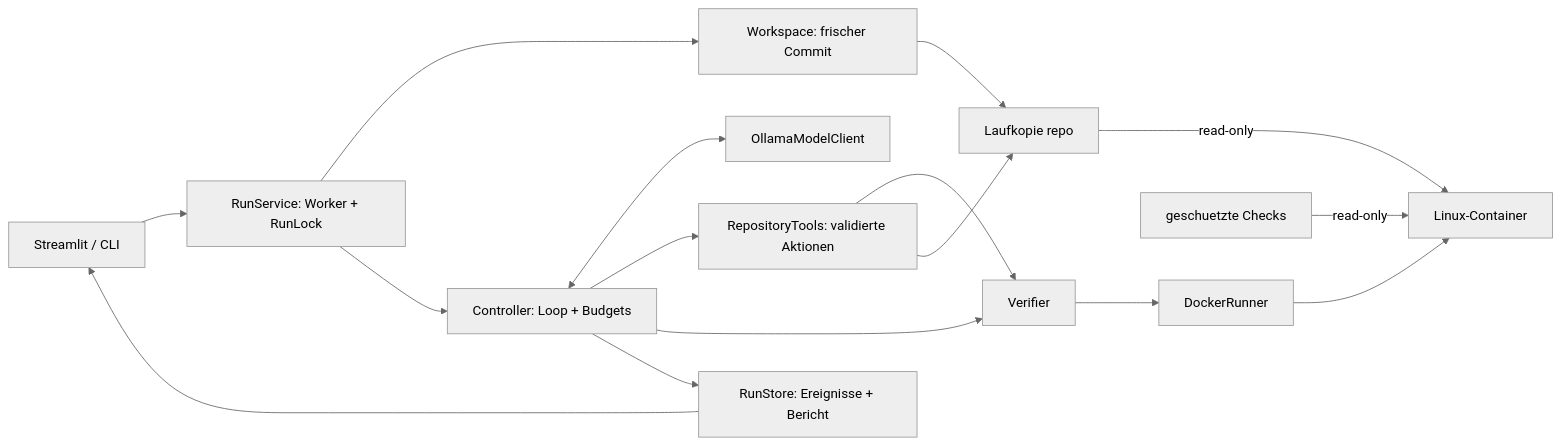
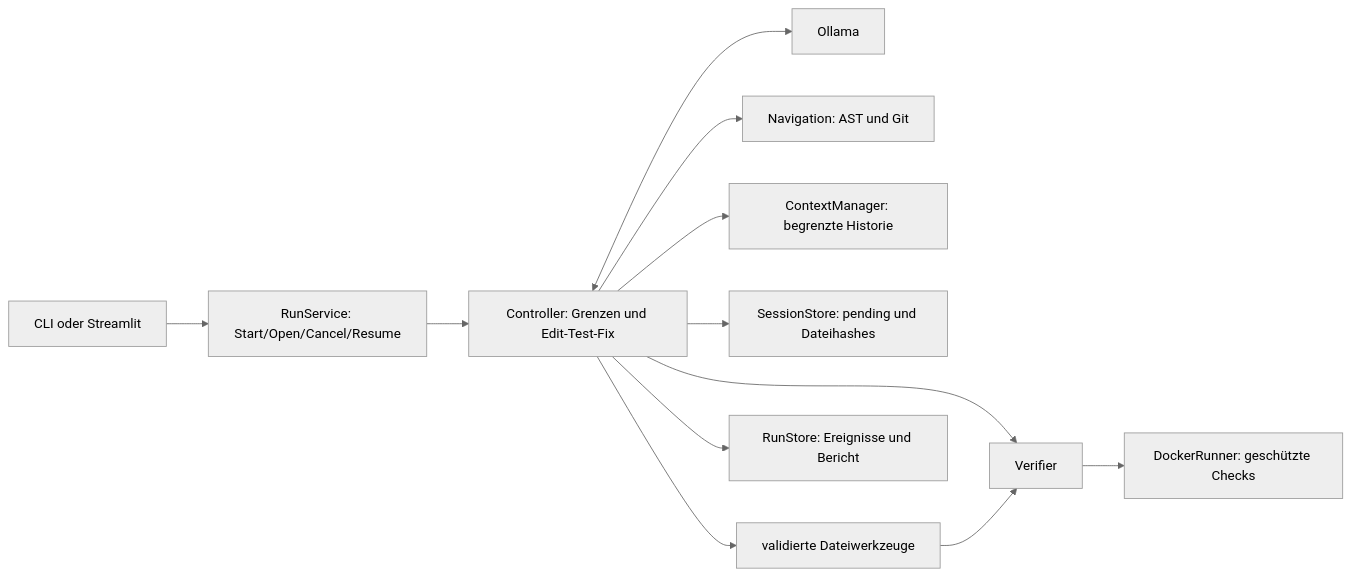
Before and after one commit to MichaelReichenberger/coding-harness: the diagram in README.md, drawn with Mermaid (neutral theme). The commit also changed other lines of this file and 35 other files, not shown here.

````diff
--- a/README.md
+++ b/README.md
@@ -172,18 +112,14 @@
 ```mermaid
 flowchart LR
-    UI[Streamlit / CLI] --> S[RunService: Worker + RunLock]
-    S --> W[Workspace: frischer Commit]
-    S --> C[Controller: Loop + Budgets]
-    C <--> M[OllamaModelClient]
-    C --> T[RepositoryTools: validierte Aktionen]
-    C --> V[Verifier]
-    T --> V
-    V --> D[DockerRunner]
-    D --> X[Linux-Container]
-    W --> R[Laufkopie repo]
-    T --> R
-    R -->|read-only| X
-    P[geschuetzte Checks] -->|read-only| X
-    C --> Store[RunStore: Ereignisse + Bericht]
-    Store --> UI
+  UI[CLI oder Streamlit] --> S[RunService: Start/Open/Cancel/Resume]
+  S --> C[Controller: Grenzen und Edit-Test-Fix]
+  C <--> M[Ollama]
+  C --> N[Navigation: AST und Git]
+  C --> X[ContextManager: begrenzte Historie]
+  C --> P[SessionStore: pending und Dateihashes]
+  C --> T[validierte Dateiwerkzeuge]
+  C --> V[Verifier]
+  T --> V
+  V --> D[DockerRunner: geschützte Checks]
+  C --> R[RunStore: Ereignisse und Bericht]
 ```
````
